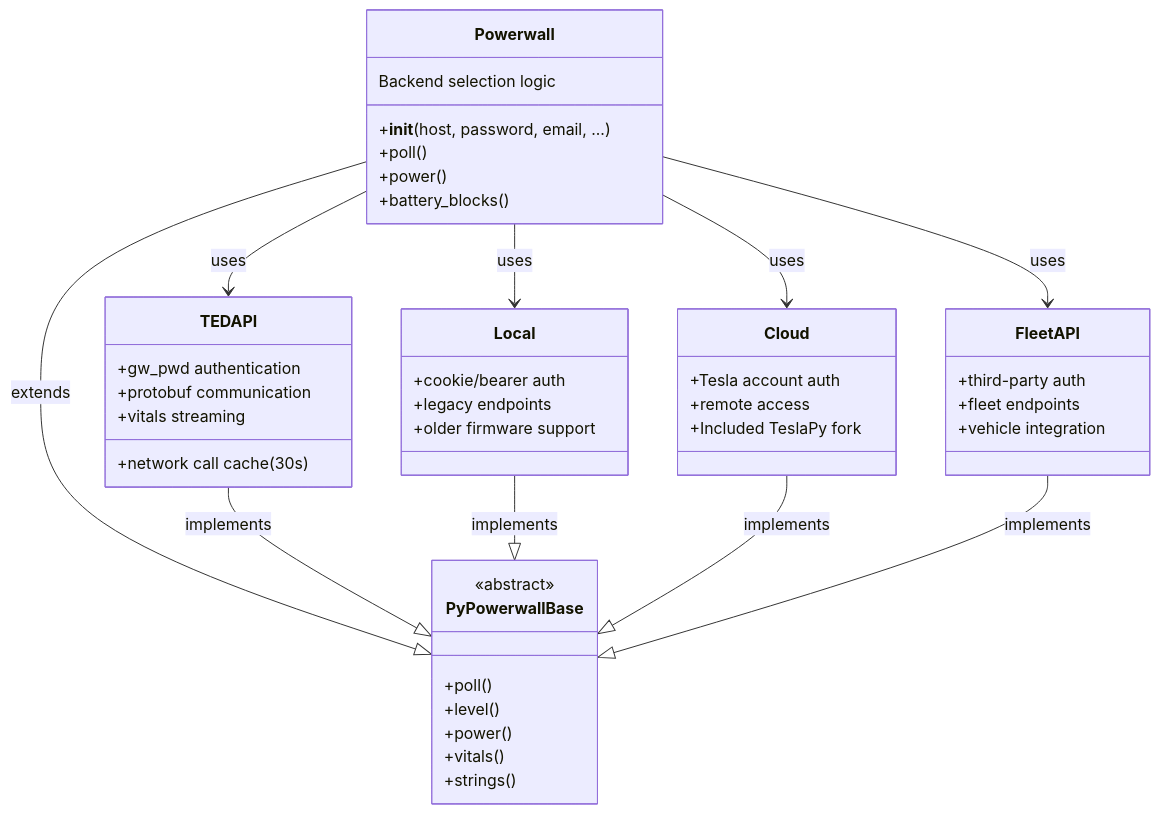
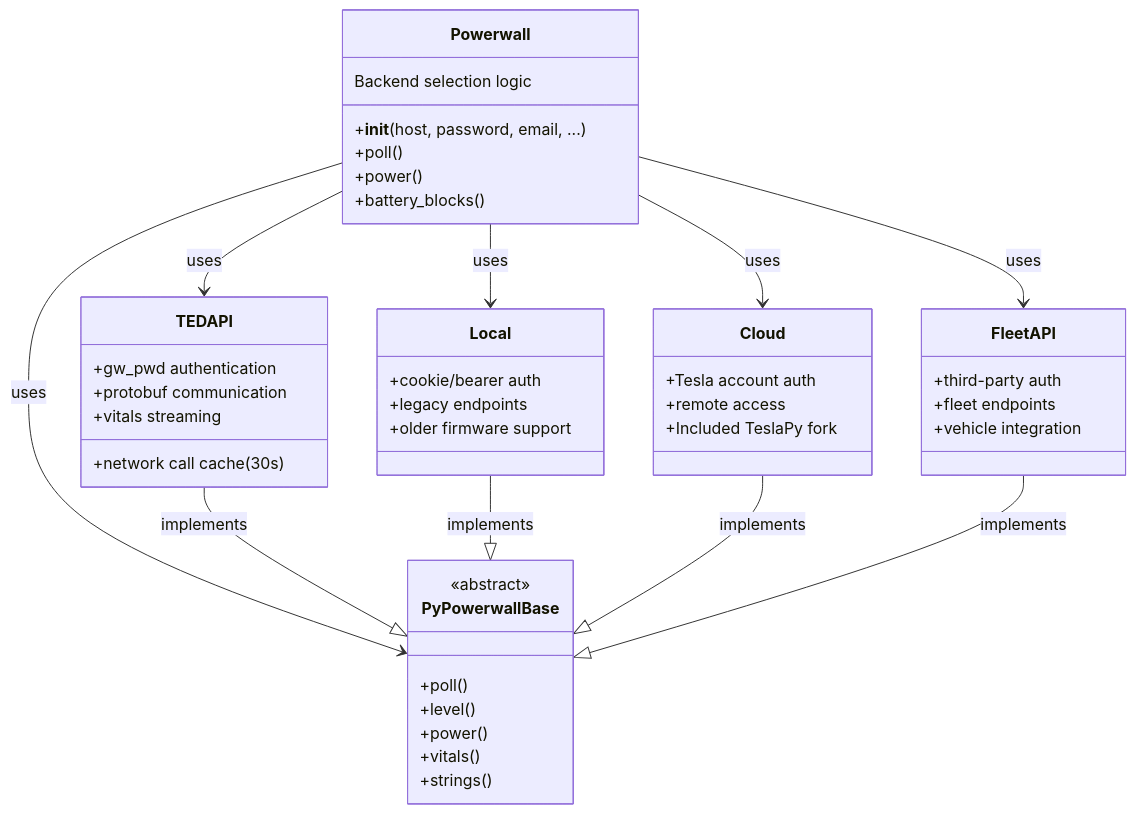
The first of 3 diagrams in API.md (jasonacox/pypowerwall), drawn with Mermaid before and after one commit. The commit also changed other lines of this file and 7 other files, not shown here.

````diff
--- a/API.md
+++ b/API.md
@@ -290,54 +319,54 @@
 ```mermaid
 classDiagram
     class Powerwall {
         +__init__(host, password, email, ...)
         +poll()
         +power()
         +battery_blocks()
         Backend selection logic
     }
     
     class PyPowerwallBase {
         <<abstract>>
         +poll()
         +level()
         +power()
         +vitals()
         +strings()
     }
     
     class TEDAPI {
         +gw_pwd authentication
         +protobuf communication
         +network call cache (30s)
         +vitals streaming
     }
     
     class Local {
         +cookie/bearer auth
         +legacy endpoints
         +older firmware support
     }
     
     class Cloud {
         +Tesla account auth
         +remote access
         +Included TeslaPy fork
     }
     
     class FleetAPI {
         +third-party auth
         +fleet endpoints
         +vehicle integration
     }
     
-    Powerwall --|> PyPowerwallBase : extends
+    Powerwall --> PyPowerwallBase : uses
     TEDAPI --|> PyPowerwallBase : implements
     Local --|> PyPowerwallBase : implements
     Cloud --|> PyPowerwallBase : implements
     FleetAPI --|> PyPowerwallBase : implements
     Powerwall --> TEDAPI : uses
     Powerwall --> Local : uses
     Powerwall --> Cloud : uses
     Powerwall --> FleetAPI : uses
 ```
````
